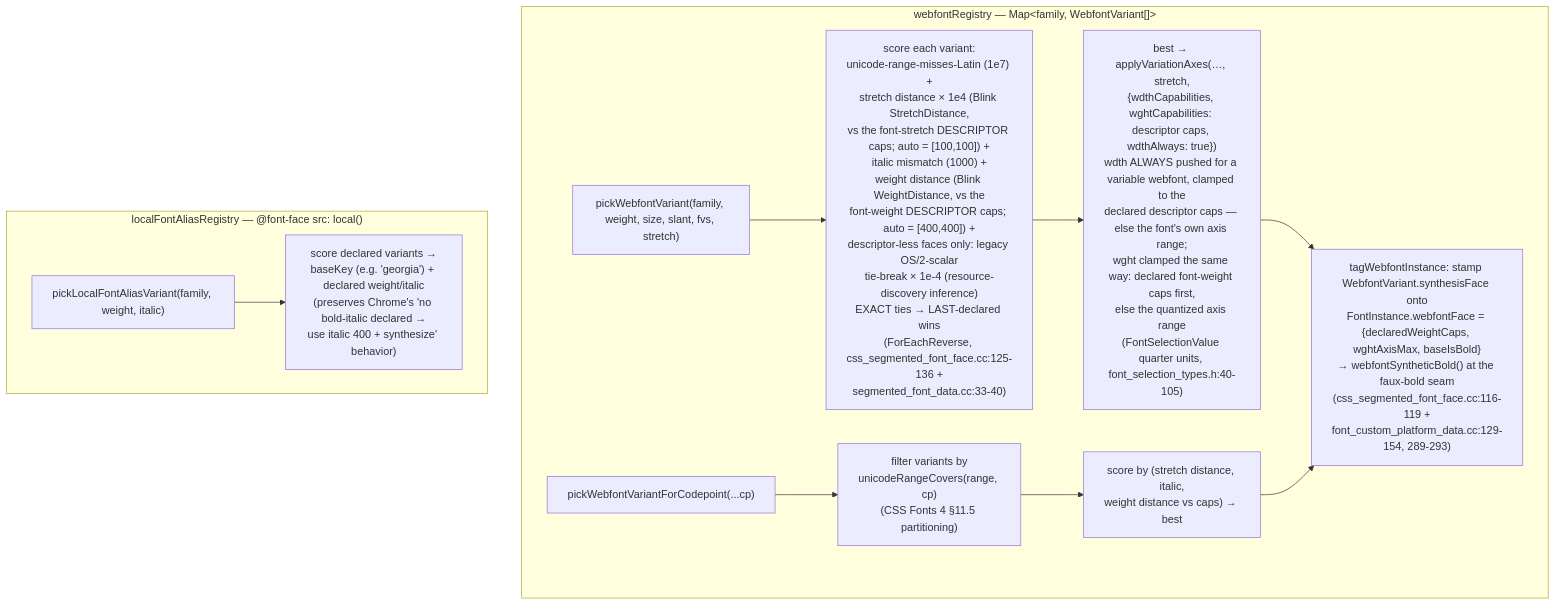
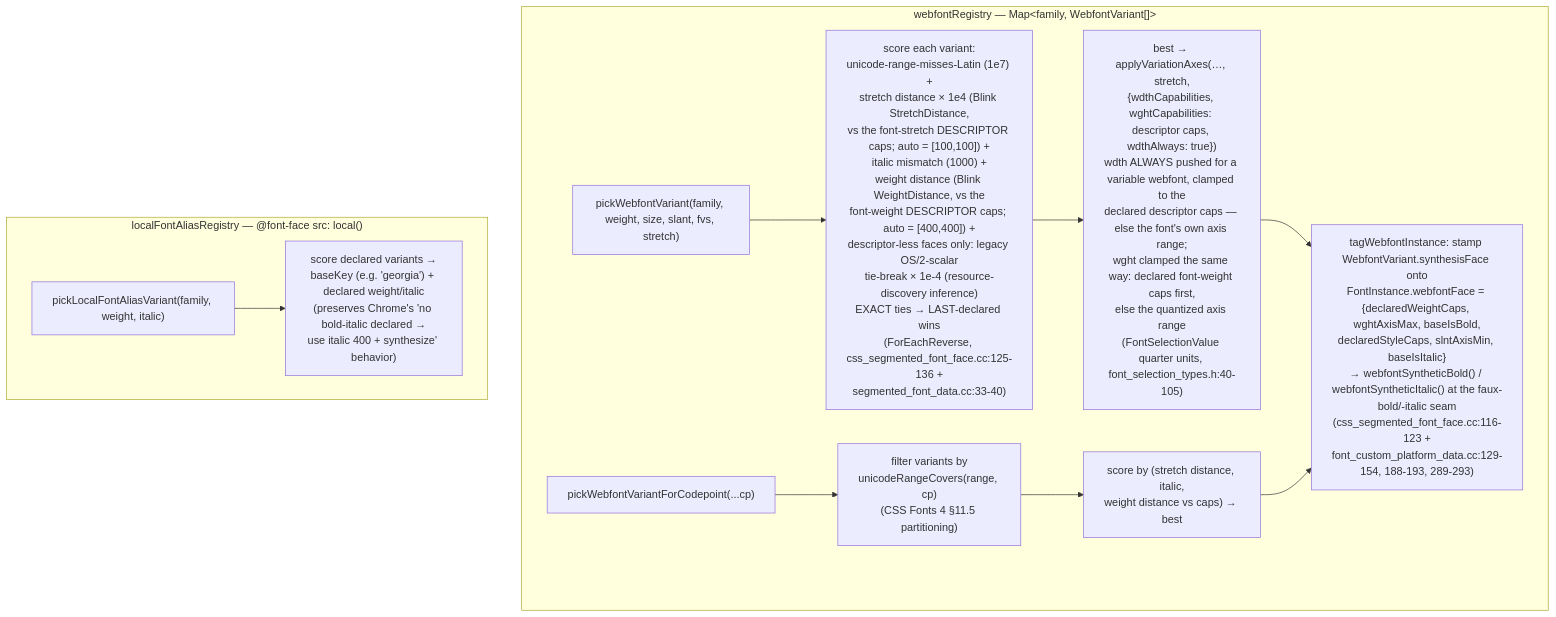
Before and after one commit to brianwestphal/domotion: the fourth of 11 diagrams in docs/font-resolution-diagram.md, drawn with Mermaid. The commit also changed other lines of this file and 9 other files, not shown here.

First line of the commit message:
fix(fonts): synthetic-oblique now reads the italic style bit, per platform, and the webfont italic rule exists

````diff
--- a/docs/font-resolution-diagram.md
+++ b/docs/font-resolution-diagram.md
@@ -721,14 +721,14 @@
 ```mermaid
 flowchart TD
   subgraph WF["webfontRegistry — Map&lt;family, WebfontVariant[]&gt;"]
     W0["pickWebfontVariant(family, weight, size, slant, fvs, stretch)"] --> W1["score each variant:<br/>unicode-range-misses-Latin (1e7) +<br/>stretch distance × 1e4 (Blink StretchDistance,<br/>vs the font-stretch DESCRIPTOR caps; auto = [100,100]) +<br/>italic mismatch (1000) +<br/>weight distance (Blink WeightDistance, vs the<br/>font-weight DESCRIPTOR caps; auto = [400,400]) +<br/>descriptor-less faces only: legacy OS/2-scalar<br/>tie-break × 1e-4 (resource-discovery inference)<br/>EXACT ties → LAST-declared wins<br/>(ForEachReverse, css_segmented_font_face.cc:125-136 +<br/>segmented_font_data.cc:33-40)"]
     W1 --> W2["best → applyVariationAxes(…, stretch,<br/>{wdthCapabilities, wghtCapabilities: descriptor caps, wdthAlways: true})<br/>wdth ALWAYS pushed for a variable webfont, clamped to the<br/>declared descriptor caps — else the font's own axis range;<br/>wght clamped the same way: declared font-weight caps first,<br/>else the quantized axis range<br/>(FontSelectionValue quarter units, font_selection_types.h:40-105)"]
-    W2 --> W3["tagWebfontInstance: stamp WebfontVariant.synthesisFace onto<br/>FontInstance.webfontFace = {declaredWeightCaps, wghtAxisMax, baseIsBold}<br/>→ webfontSyntheticBold() at the faux-bold seam<br/>(css_segmented_font_face.cc:116-119 +<br/>font_custom_platform_data.cc:129-154, 289-293)"]
+    W2 --> W3["tagWebfontInstance: stamp WebfontVariant.synthesisFace onto<br/>FontInstance.webfontFace = {declaredWeightCaps, wghtAxisMax, baseIsBold,<br/>declaredStyleCaps, slntAxisMin, baseIsItalic}<br/>→ webfontSyntheticBold() / webfontSyntheticItalic() at the faux-bold/-italic seam<br/>(css_segmented_font_face.cc:116-123 +<br/>font_custom_platform_data.cc:129-154, 188-193, 289-293)"]
     P0["pickWebfontVariantForCodepoint(...cp)"] --> P1["filter variants by<br/>unicodeRangeCovers(range, cp)<br/>(CSS Fonts 4 §11.5 partitioning)"]
     P1 --> P2["score by (stretch distance, italic,<br/>weight distance vs caps) → best"]
     P2 --> W3
   end
   subgraph LA["localFontAliasRegistry — @font-face src: local()"]
     LA0["pickLocalFontAliasVariant(family, weight, italic)"] --> LA1["score declared variants →<br/>baseKey (e.g. 'georgia') + declared weight/italic<br/>(preserves Chrome's 'no bold-italic declared →<br/>use italic 400 + synthesize' behavior)"]
   end
 ```
````
